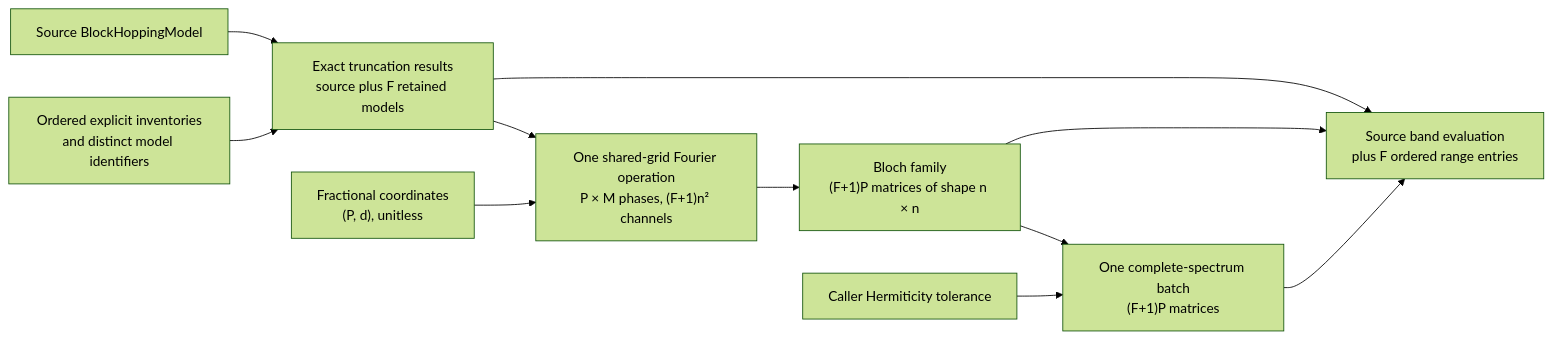
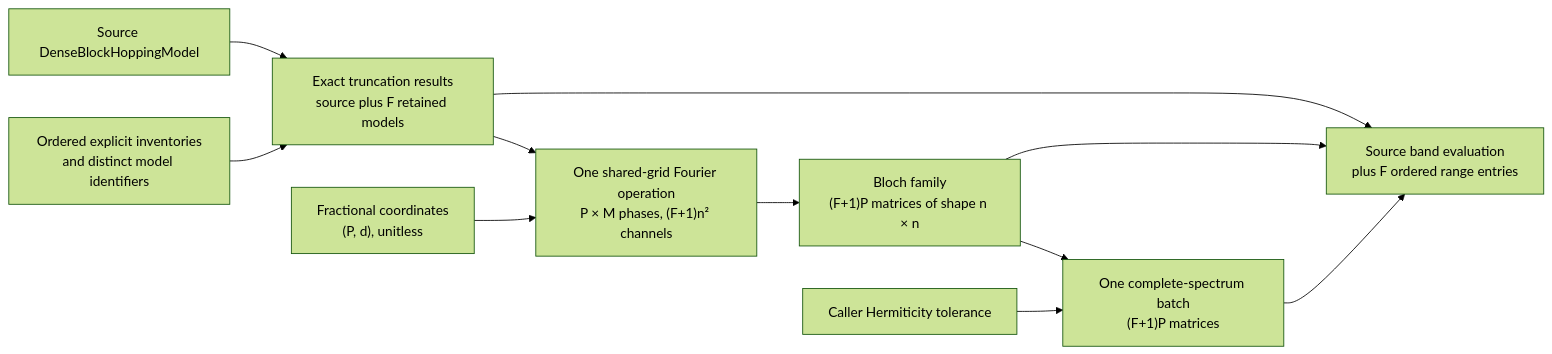
The diagram in docs/architecture/projectkoios/physkit/solidstate/tb/bands/index.md (eragasa/projectkoios-physkit), drawn with Mermaid (forest theme) before and after one commit. The commit also changed 98 other files, not shown here.

Commit message:
refactor(tb): separate dense and sparse block hopping

````diff
--- a/docs/architecture/projectkoios/physkit/solidstate/tb/bands/index.md
+++ b/docs/architecture/projectkoios/physkit/solidstate/tb/bands/index.md
@@ -41,23 +41,23 @@
 ```mermaid
 flowchart LR
-    S["Source BlockHoppingModel"]
+    S["Source DenseBlockHoppingModel"]
     I["Ordered explicit inventories<br/>and distinct model identifiers"]
     Q["Fractional coordinates<br/>(P, d), unitless"]
     T["Caller Hermiticity tolerance"]
     R["Exact truncation results<br/>source plus F retained models"]
     F["One shared-grid Fourier operation<br/>P × M phases, (F+1)n² channels"]
     B["Bloch family<br/>(F+1)P matrices of shape n × n"]
     H["One complete-spectrum batch<br/>(F+1)P matrices"]
     O["Source band evaluation<br/>plus F ordered range entries"]
 
     S --> R
     I --> R
     R --> F
     Q --> F
     F --> B
     B --> H
     T --> H
     R --> O
     B --> O
     H --> O
 ```
````
